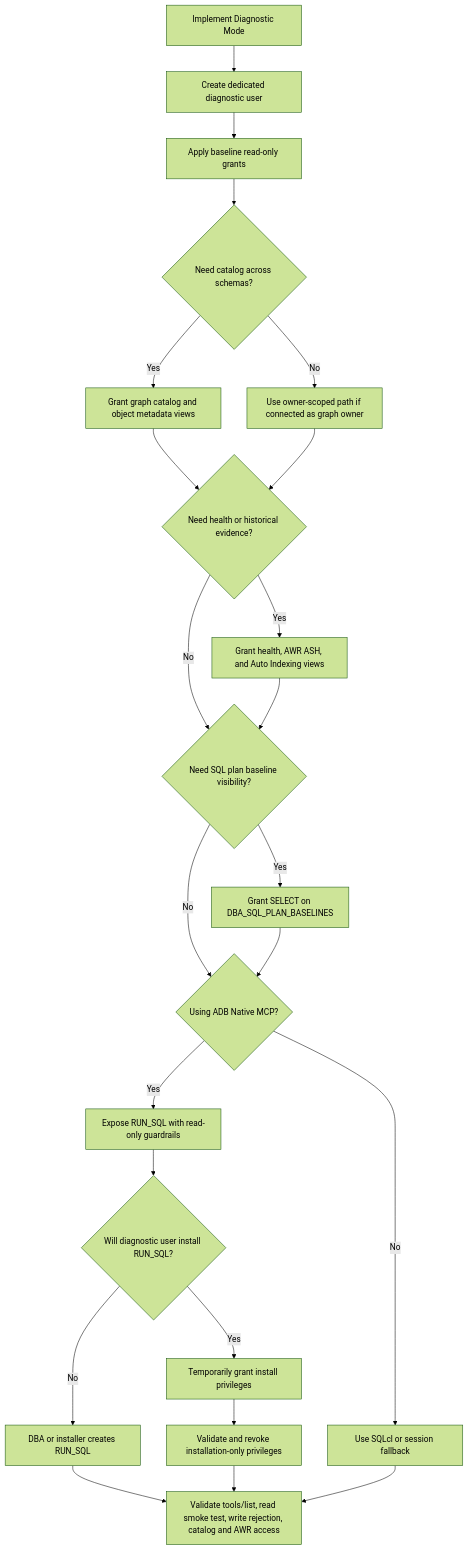
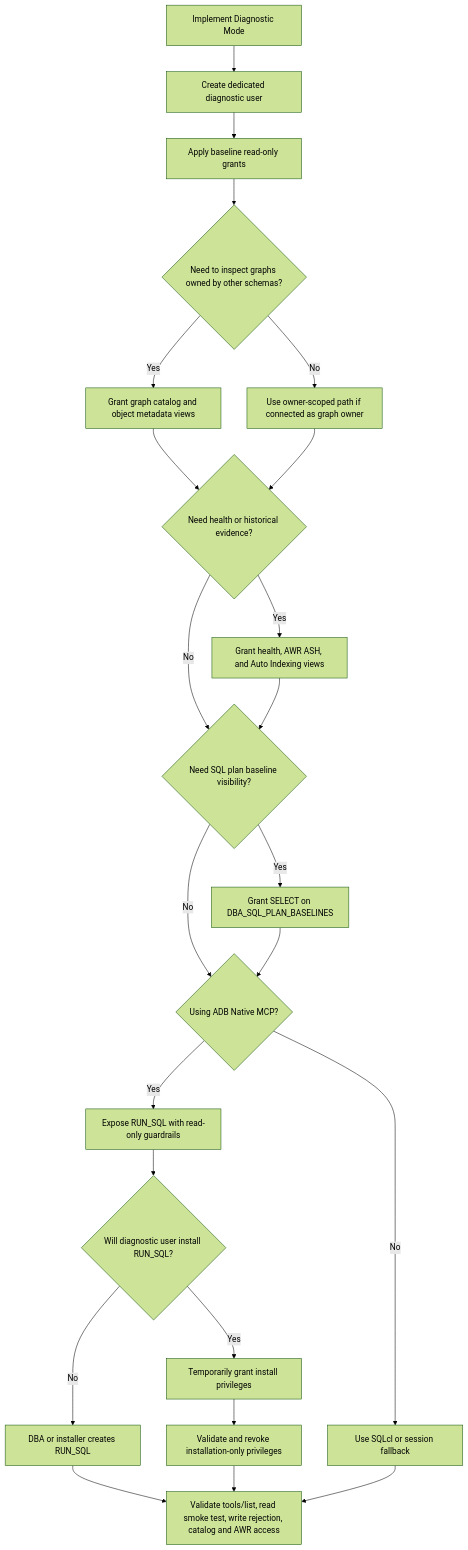
The diagram in docs/diagnostic-mode-minimum-prereqs.md (Diegoecab/oracle-graph-dba-advisor), drawn with Mermaid (forest theme) before and after one commit. The commit also changed other lines of this file and 2 other files, not shown here.

````diff
--- a/docs/diagnostic-mode-minimum-prereqs.md
+++ b/docs/diagnostic-mode-minimum-prereqs.md
@@ -90,30 +97,30 @@
 ```mermaid
 flowchart TD
     A["Implement Diagnostic Mode"] --> B["Create dedicated diagnostic user"]
     B --> C["Apply baseline read-only grants"]
-    C --> D{"Need catalog across schemas?"}
+    C --> D{"Need to inspect graphs owned by other schemas?"}
     D -->|Yes| E["Grant graph catalog and object metadata views"]
     D -->|No| F["Use owner-scoped path if connected as graph owner"]
 
     E --> G{"Need health or historical evidence?"}
     F --> G
     G -->|Yes| H["Grant health, AWR ASH, and Auto Indexing views"]
     G -->|No| J{"Need SQL plan baseline visibility?"}
 
     H --> J
     J -->|Yes| K["Grant SELECT on DBA_SQL_PLAN_BASELINES"]
     J -->|No| L{"Using ADB Native MCP?"}
     K --> L
 
     L -->|Yes| M["Expose RUN_SQL with read-only guardrails"]
     L -->|No| N["Use SQLcl or session fallback"]
 
     M --> O{"Will diagnostic user install RUN_SQL?"}
     O -->|No| P["DBA or installer creates RUN_SQL"]
     O -->|Yes| Q["Temporarily grant install privileges"]
     Q --> R["Validate and revoke installation-only privileges"]
 
     P --> S["Validate tools/list, read smoke test, write rejection, catalog and AWR access"]
     R --> S
     N --> S
 ```
````
